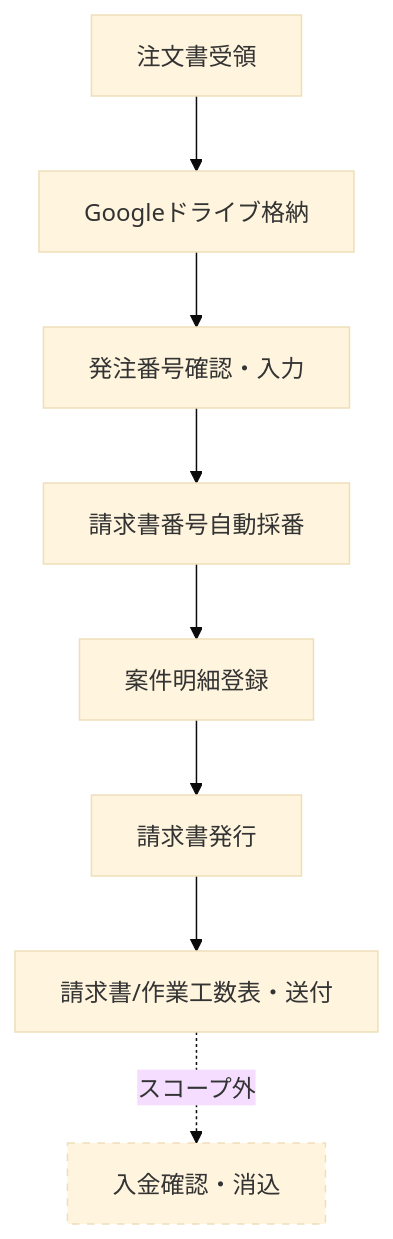
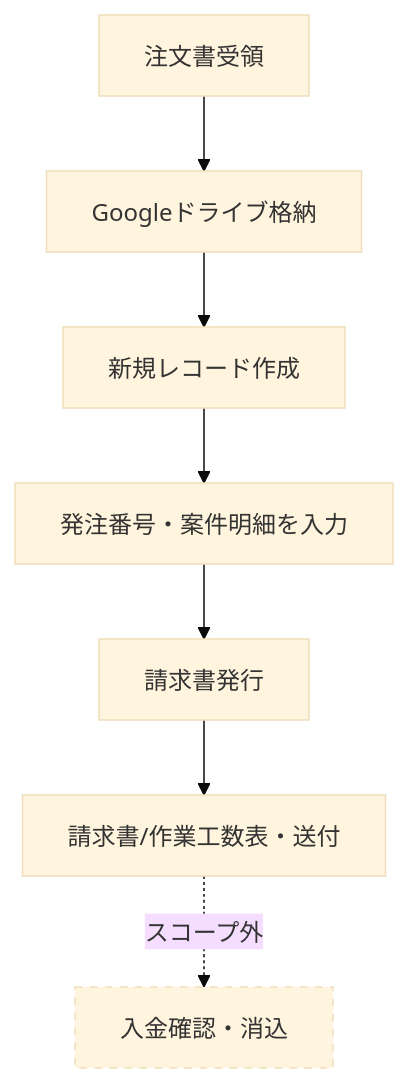
The diagram in 00_docs/00_請求書発行業務フロー図.md (shigi4git-hub/billing), drawn with Mermaid (base theme) before and after one commit. The commit also changed other lines of this file, not shown here.

Commit message:
フロー図：指摘事項反映

````diff
--- a/00_docs/00_請求書発行業務フロー図.md
+++ b/00_docs/00_請求書発行業務フロー図.md
@@ -10,12 +10,11 @@
 ```mermaid
 flowchart TD
     A[注文書受領] --> B[Googleドライブ格納]
-    B --> C[発注番号確認・入力]
-    C --> D[請求書番号自動採番]
-    D --> E[案件明細登録]
-    E --> F[請求書発行]
-    F --> G[請求書/作業工数表・送付]
-    G -.スコープ外.-> H[入金確認・消込]
+    B --> C[新規レコード作成]
+    C --> D[発注番号・案件明細を入力]
+    D --> E[請求書発行]
+    E --> F[請求書/作業工数表・送付]
+    F -.スコープ外.-> G[入金確認・消込]
 
-    style H stroke-dasharray:5,5
+    style G stroke-dasharray:5,5
 ```
````
